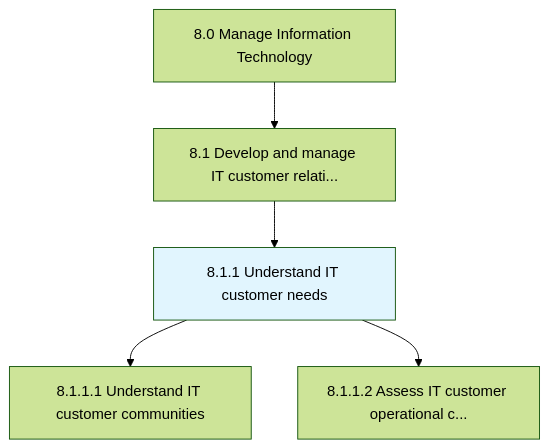
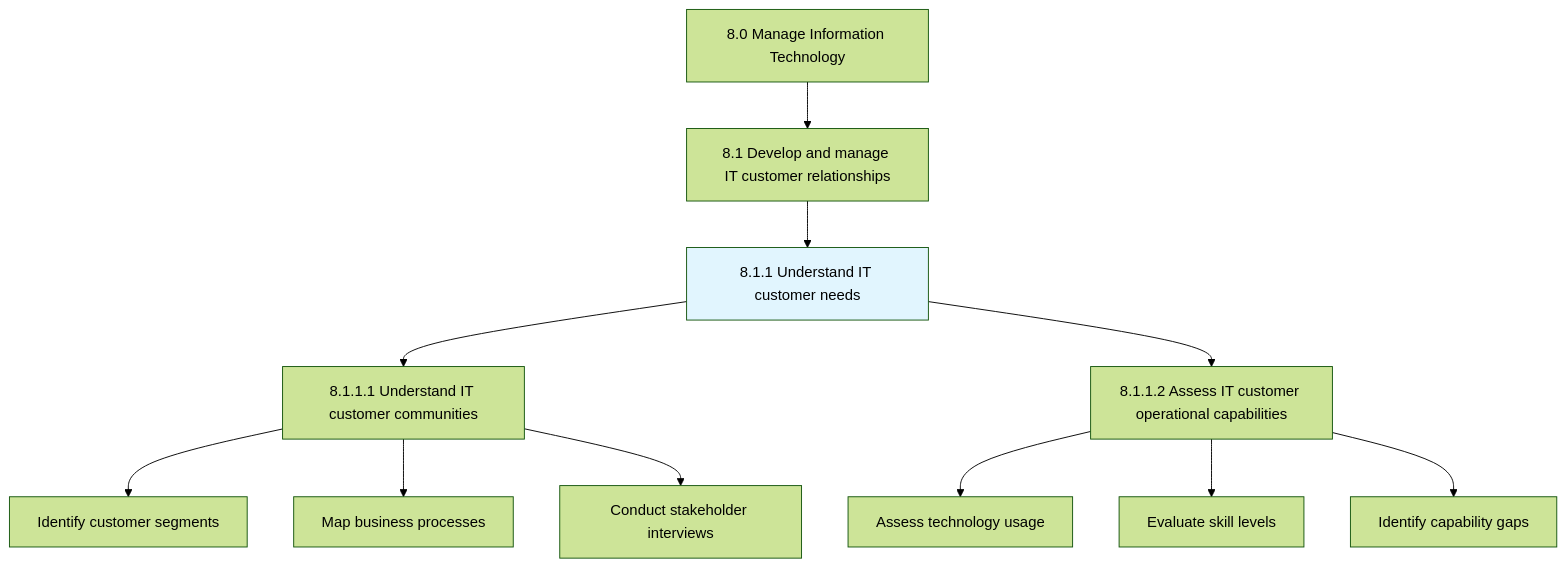
One commit to kziemski/business.org.ai changed the first of 3 diagrams in processes/08-IT/8.1-DevelopManageITCustomer/8.1.1-UnderstandITCustomerNeeds/index.mdx. Above: the diagram before and after it, drawn with Mermaid (forest theme). The commit also changed other lines of this file and 67 other files, not shown here.

````diff
--- a/processes/08-IT/8.1-DevelopManageITCustomer/8.1.1-UnderstandITCustomerNeeds/index.mdx
+++ b/processes/08-IT/8.1-DevelopManageITCustomer/8.1.1-UnderstandITCustomerNeeds/index.mdx
@@ -25,9 +27,17 @@
 ```mermaid
 graph TD
     C8["8.0 Manage Information Technology"]
-    C8 --> N8_1["8.1 Develop and manage IT customer relati..."]
+    C8 --> N8_1["8.1 Develop and manage IT customer relationships"]
     N8_1 --> N8_1_1["8.1.1 Understand IT customer needs"]
     style N8_1_1 fill:#e1f5fe
     N8_1_1 --> N8_1_1_1["8.1.1.1 Understand IT customer communities"]
-    N8_1_1 --> N8_1_1_2["8.1.1.2 Assess IT customer operational c..."]
+    N8_1_1 --> N8_1_1_2["8.1.1.2 Assess IT customer operational capabilities"]
+
+    N8_1_1_1 --> A1["Identify customer segments"]
+    N8_1_1_1 --> A2["Map business processes"]
+    N8_1_1_1 --> A3["Conduct stakeholder interviews"]
+
+    N8_1_1_2 --> A4["Assess technology usage"]
+    N8_1_1_2 --> A5["Evaluate skill levels"]
+    N8_1_1_2 --> A6["Identify capability gaps"]
 ```
````
